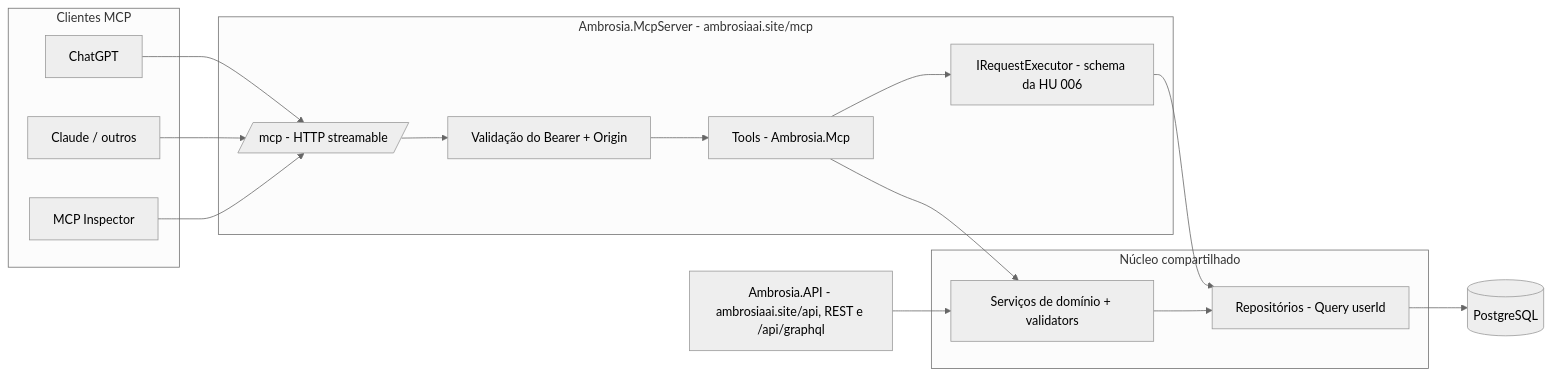
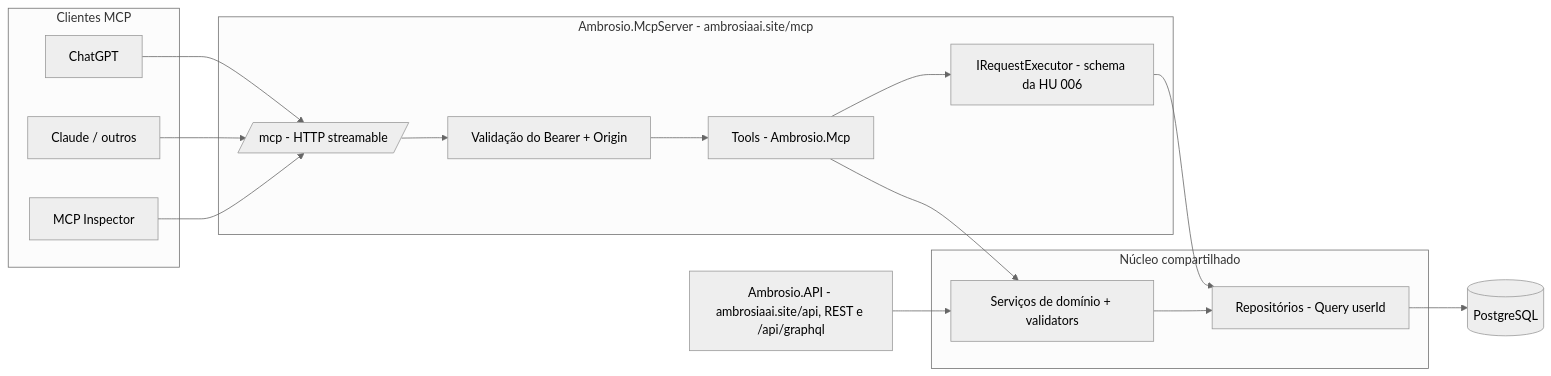
One commit to landim32/ambrosia changed the diagram in docs/historias/007-mcp-servidor-completo.md. Above: the diagram before and after it, drawn with Mermaid (neutral theme). The commit also changed other lines of this file and 508 other files, not shown here.

First line of the commit message:
chore: renomeia o projeto de Ambrosia para Ambrosio

````diff
--- a/docs/historias/007-mcp-servidor-completo.md
+++ b/docs/historias/007-mcp-servidor-completo.md
@@ -156,26 +156,26 @@
 ```mermaid
 flowchart LR
     subgraph Clientes MCP
         CG[ChatGPT]
         CL[Claude / outros]
         IN[MCP Inspector]
     end
-    subgraph MS[Ambrosia.McpServer - ambrosiaai.site/mcp]
+    subgraph MS[Ambrosio.McpServer - ambrosiaai.site/mcp]
         T[/mcp - HTTP streamable/]
         AU[Validação do Bearer + Origin]
-        TO[Tools - Ambrosia.Mcp]
+        TO[Tools - Ambrosio.Mcp]
         GX[IRequestExecutor - schema da HU 006]
     end
     subgraph Núcleo compartilhado
         SV[Serviços de domínio + validators]
         RP[Repositórios - Query userId]
     end
     DB[(PostgreSQL)]
-    API[Ambrosia.API - ambrosiaai.site/api, REST e /api/graphql]
+    API[Ambrosio.API - ambrosiaai.site/api, REST e /api/graphql]
 
     CG & CL & IN --> T --> AU --> TO
     TO --> SV
     TO --> GX --> RP
     SV --> RP --> DB
     API --> SV
 ```
````
